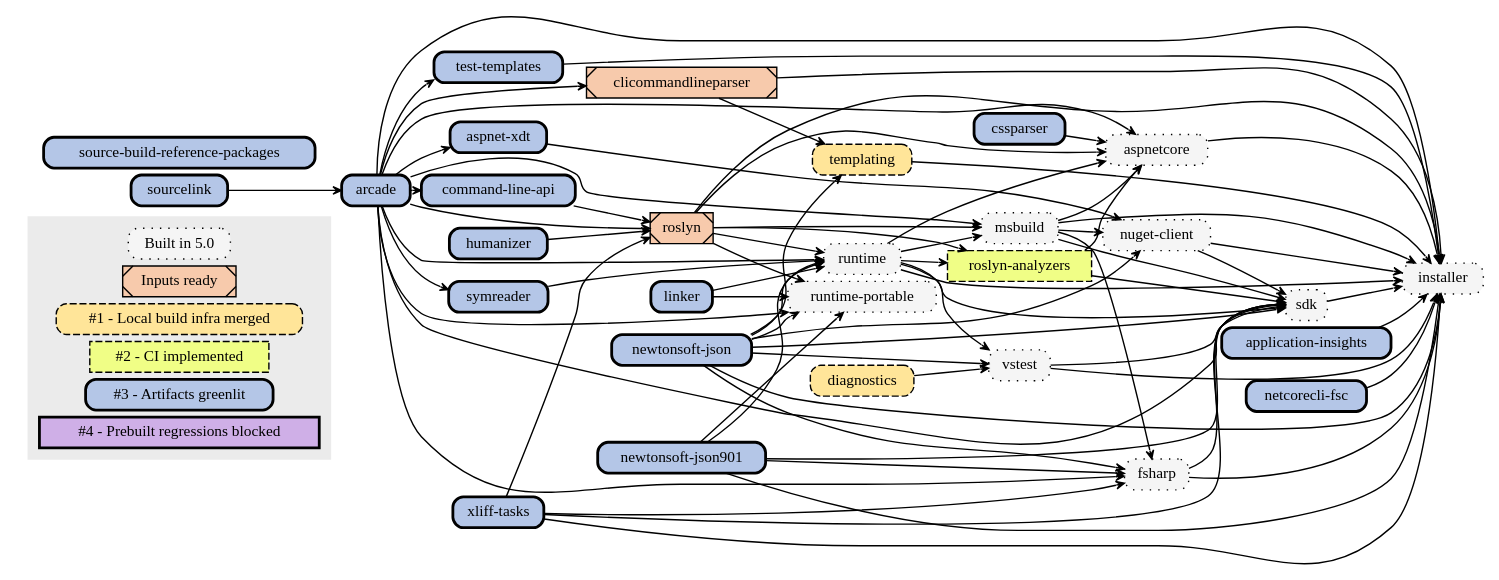
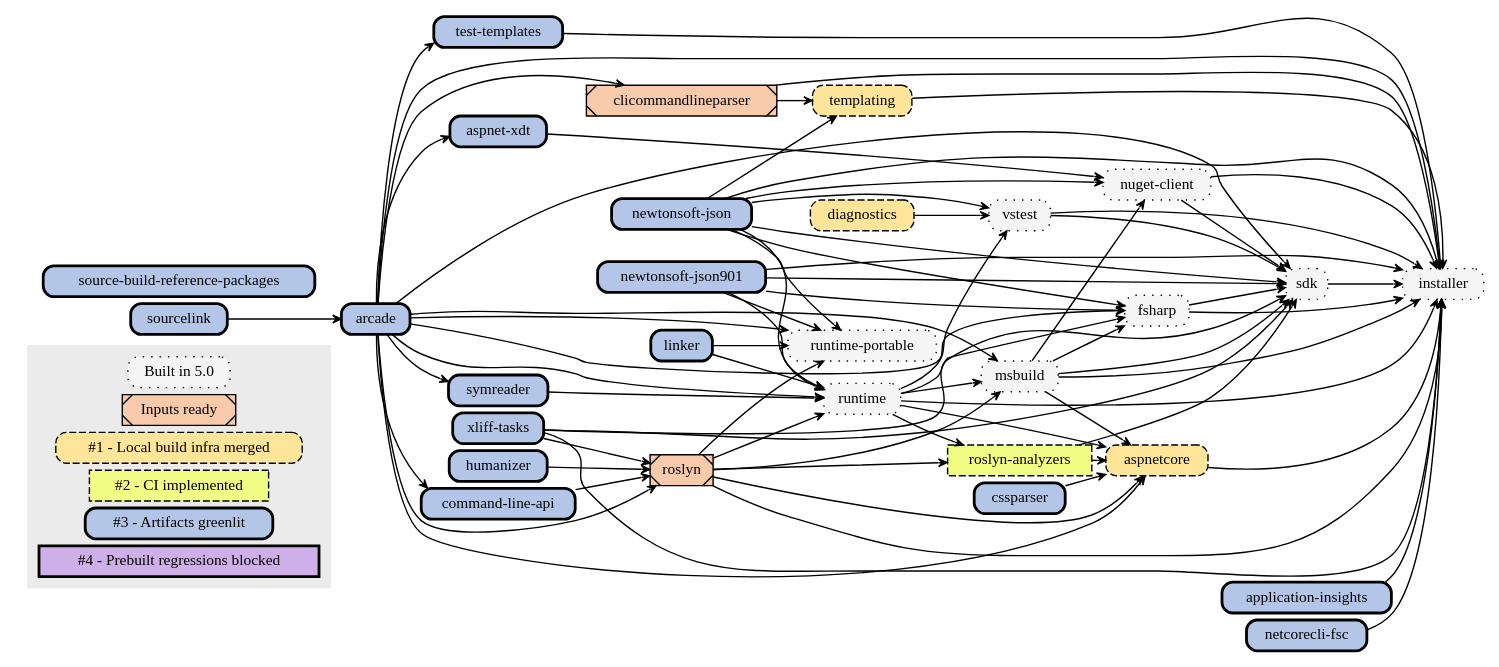
One commit to dotnet/source-build changed the diagram in Documentation/planning/arcade-powered-source-build/img/implementation-plan-graph.dot. Above: the diagram before and after it, drawn with Graphviz. The commit also changed other lines of this file, not shown here.

```diff
--- a/Documentation/planning/arcade-powered-source-build/img/implementation-plan-graph.dot
+++ b/Documentation/planning/arcade-powered-source-build/img/implementation-plan-graph.dot
@@ -1,148 +1,148 @@
 // dot.exe implementation-plan-graph.dot -Tsvg -o implementation-plan-graph.svg
 
 digraph {
 node[
   shape=rect
   width=0 height=0 margin=0.07
   style=filled
   fontsize=11]
 edge[
   penwidth=1
   arrowsize=0.6
   arrowhead=vee
   pencolor="#444444"]
 rankdir=LR
 nodesep=0.07
 ranksep=0.08
 
 node [fillcolor="#F5F5F5",style="dotted,filled,rounded",tooltip="Built"]
 "pre0"[label="Built in 5.0"]
-"aspnetcore"
 "fsharp"
 "installer"
 "msbuild"
 "nuget-client"
 "runtime-portable"
 "runtime"
 "sdk"
 "vstest"
 
 node [fillcolor="#F7CAAC",style="filled,diagonals",tooltip="Inputs ready"]
 "pre1"[label="Inputs ready"]
 "roslyn"
 "clicommandlineparser"
 
 
 node [fillcolor="#FFE599",style="dashed,filled,rounded",tooltip="1"]
 "s1"[label="#1 - Local build infra merged"]
+"aspnetcore"
 "diagnostics"
 "templating"
 
 node [fillcolor="#F0FE86",style="dashed,filled",tooltip="2"]
 "s2"[label="#2 - CI implemented"]
 "roslyn-analyzers"
 
 node [fillcolor="#B4C6E7",style="bold,filled,rounded",tooltip="3"]
 "s3"[label="#3 - Artifacts greenlit"]
 "application-insights"
 "arcade"
 "aspnet-xdt"
 "command-line-api"
 "cssparser"
 "humanizer"
 "linker"
 "netcorecli-fsc"
 "newtonsoft-json"
 "newtonsoft-json901"
 "source-build-reference-packages"
 "sourcelink"
 "symreader"
 "test-templates"
 "xliff-tasks"
 
 node [fillcolor="#CFAFE7",style="bold,filled",tooltip="4"]
 "s4"[label="#4 - Prebuilt regressions blocked"]
 
 // Color all future nodes red. All nodes should be accounted for: red means they need a category.
 node [fillcolor="#FF0000",style=filled]
 
 subgraph clusterLegend {
   style=filled
   color="#ebebeb"
   "pre0" "pre1" "s1" "s2" "s3" "s4"
 }
 
 // Remaining text created by generate-graphviz.proj based on repos/*.proj:
 "sourcelink" -> "arcade"
 "arcade" -> "aspnet-xdt"
 "arcade" -> "aspnetcore"
 "cssparser" -> "aspnetcore"
 "runtime" -> "aspnetcore"
 "msbuild" -> "aspnetcore"
 "roslyn" -> "aspnetcore"
 "roslyn-analyzers" -> "aspnetcore"
 "arcade" -> "clicommandlineparser"
 "arcade" -> "command-line-api"
 "arcade" -> "fsharp"
 "msbuild" -> "fsharp"
 "newtonsoft-json901" -> "fsharp"
 "newtonsoft-json" -> "fsharp"
 "xliff-tasks" -> "fsharp"
 "application-insights" -> "installer"
 "arcade" -> "installer"
 "aspnetcore" -> "installer"
 "clicommandlineparser" -> "installer"
 "fsharp" -> "installer"
 "msbuild" -> "installer"
 "netcorecli-fsc" -> "installer"
 "newtonsoft-json" -> "installer"
 "newtonsoft-json901" -> "installer"
 "nuget-client" -> "installer"
 "roslyn" -> "installer"
 "runtime" -> "installer"
 "sdk" -> "installer"
 "templating" -> "installer"
 "test-templates" -> "installer"
 "vstest" -> "installer"
 "xliff-tasks" -> "installer"
 "arcade" -> "msbuild"
 "runtime" -> "msbuild"
 "roslyn" -> "msbuild"
 "newtonsoft-json" -> "nuget-client"
 "msbuild" -> "nuget-client"
 "aspnet-xdt" -> "nuget-client"
 "runtime" -> "roslyn-analyzers"
 "roslyn" -> "roslyn-analyzers"
 "arcade" -> "roslyn"
 "command-line-api" -> "roslyn"
 "humanizer" -> "roslyn"
 "xliff-tasks" -> "roslyn"
 "arcade" -> "runtime-portable"
 "linker" -> "runtime-portable"
 "newtonsoft-json" -> "runtime-portable"
 "newtonsoft-json901" -> "runtime-portable"
 "roslyn" -> "runtime-portable"
 "arcade" -> "runtime"
 "symreader" -> "runtime"
 "linker" -> "runtime"
 "newtonsoft-json" -> "runtime"
 "newtonsoft-json901" -> "runtime"
 "roslyn" -> "runtime"
 "arcade" -> "sdk"
 "xliff-tasks" -> "sdk"
 "runtime" -> "sdk"
 "msbuild" -> "sdk"
 "newtonsoft-json" -> "sdk"
 "newtonsoft-json901" -> "sdk"
 "nuget-client" -> "sdk"
 "roslyn-analyzers" -> "sdk"
 "vstest" -> "sdk"
 "fsharp" -> "sdk"
 "arcade" -> "symreader"
 "clicommandlineparser" -> "templating"
 "newtonsoft-json" -> "templating"
 "arcade" -> "test-templates"
 "diagnostics" -> "vstest"
 "runtime" -> "vstest"
 "newtonsoft-json" -> "vstest"
 }
```
